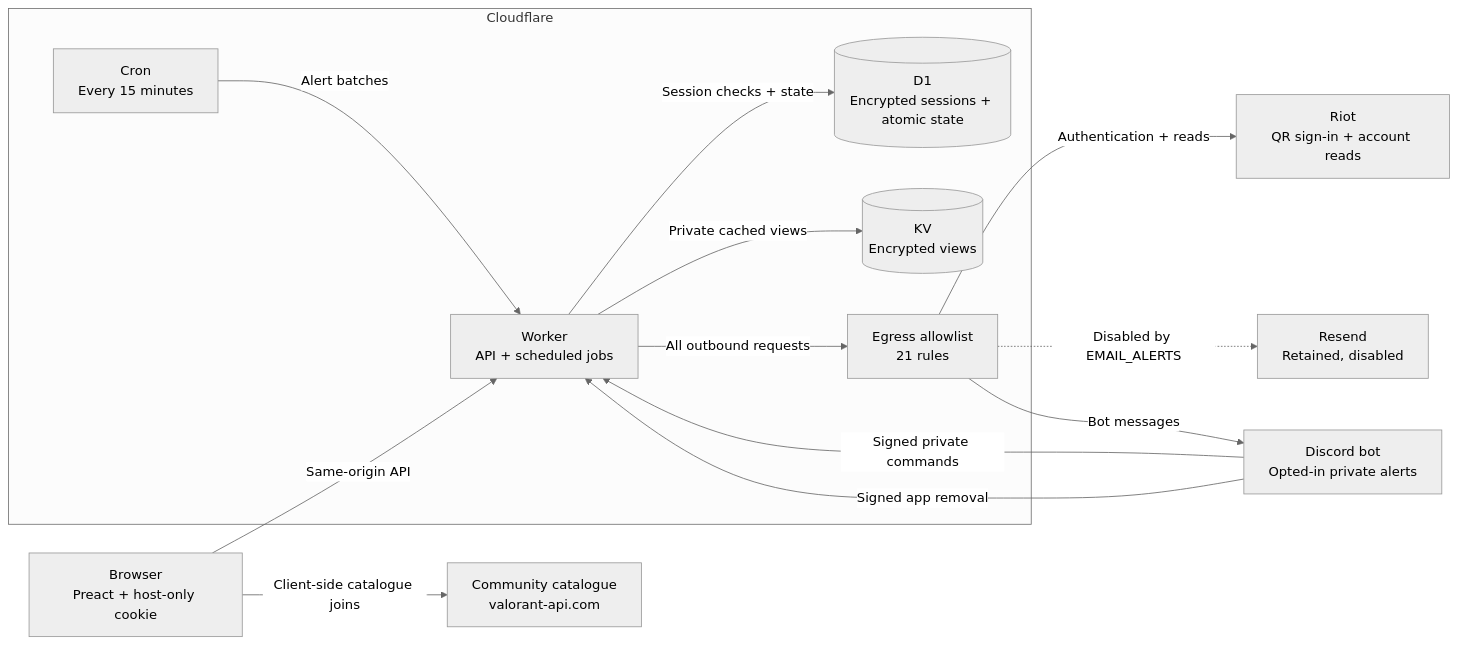
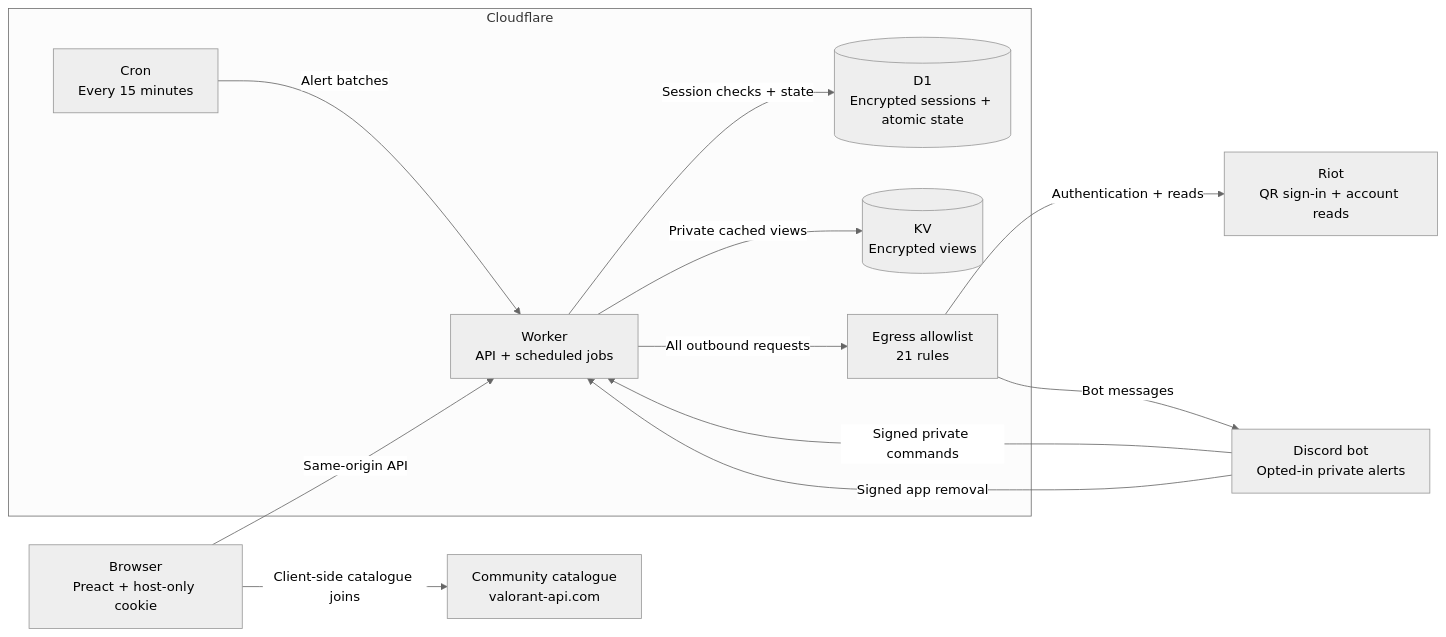
Before and after one commit to NicolasV7/valoox: the diagram in README.md, drawn with Mermaid (neutral theme). The commit also changed other lines of this file and 9 other files, not shown here.

````diff
--- a/README.md
+++ b/README.md
@@ -54,28 +51,26 @@
 ```mermaid
 flowchart LR
   B["Browser<br/>Preact + host-only cookie"]
   C["Community catalogue<br/>valorant-api.com"]
   R["Riot<br/>QR sign-in + account reads"]
-  N["Resend<br/>Retained, disabled"]
   Q["Discord bot<br/>Opted-in private alerts"]
 
   subgraph CF["Cloudflare"]
     W["Worker<br/>API + scheduled jobs"]
     D[("D1<br/>Encrypted sessions + atomic state")]
     K[("KV<br/>Encrypted views")]
     A["Egress allowlist<br/>21 rules"]
     T["Cron<br/>Every 15 minutes"]
   end
 
   B -->|Same-origin API| W
   B -->|Client-side catalogue joins| C
   W -->|Session checks + state| D
   W -->|Private cached views| K
   T -->|Alert batches| W
   W -->|All outbound requests| A
   A -->|Authentication + reads| R
-  A -.->|Disabled by EMAIL_ALERTS| N
   A -->|Bot messages| Q
   Q -->|Signed private commands| W
   Q -->|Signed app removal| W
 ```
````
